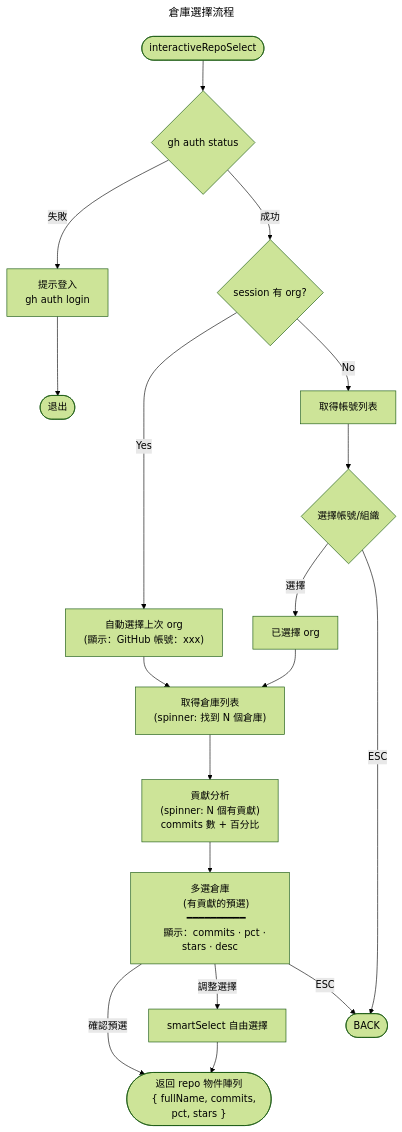
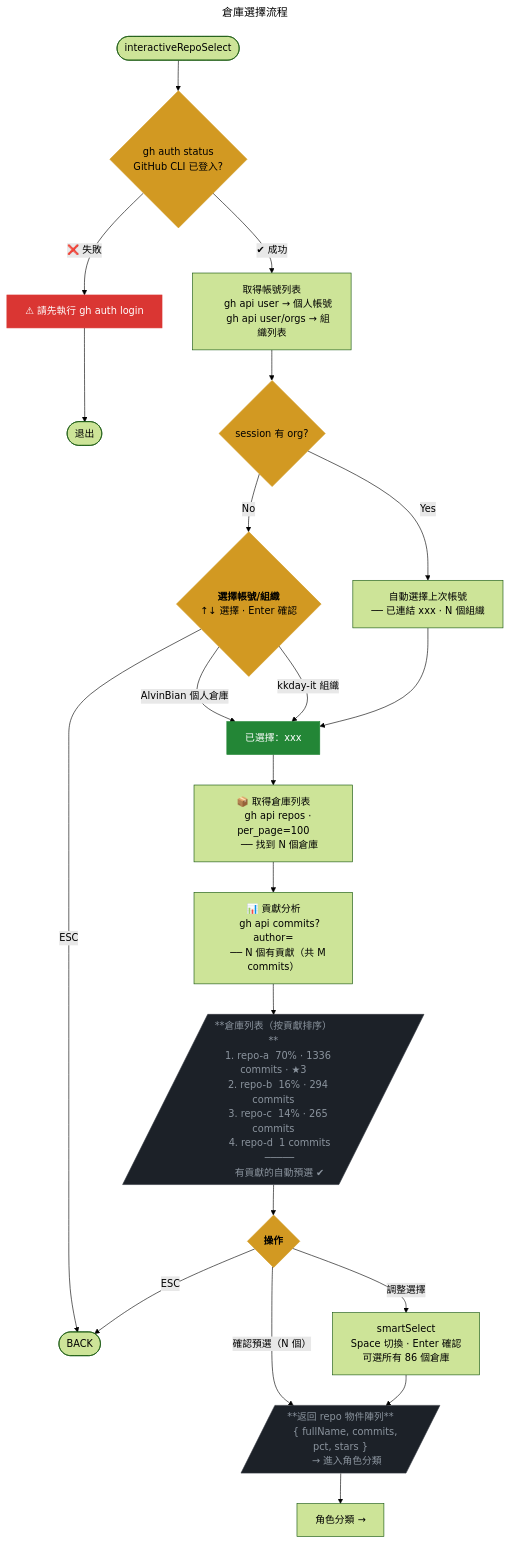
One commit to AlvinBian/ab-dotfiles changed the diagram in docs/flows/repo-select.mmd. Above: the diagram before and after it, drawn with Mermaid (forest theme). The commit also changed 9 other files, not shown here.

First line of the commit message:
feat(flow): 流程圖全面細化 + click 節點跳轉 + 色彩分類

```diff
--- a/docs/flows/repo-select.mmd
+++ b/docs/flows/repo-select.mmd
@@ -1,42 +1,73 @@
 ---
 title: 倉庫選擇流程
-description: GitHub 帳號 → 倉庫列表 → 貢獻分析 → 多選
+description: GitHub 帳號選擇 → 倉庫列表 → 貢獻分析 → 多選確認
 links:
   - setup-main: 返回主流程
   - role-system: 角色分類
 ---
 flowchart TD
-    Entry([interactiveRepoSelect]) --> AuthCheck{gh auth status}
-    AuthCheck -->|失敗| AuthFail["提示登入
-    gh auth login"]
-    AuthFail --> Exit([退出])
+    Entry([interactiveRepoSelect]) --> Auth{"gh auth status
+    GitHub CLI 已登入?"}
+    Auth -->|"❌ 失敗"| AuthFail["⚠ 請先執行 gh auth login"] --> Exit([退出])
+    Auth -->|"✔ 成功"| FetchOrgs
 
-    AuthCheck -->|成功| HasSession{session 有 org?}
-    HasSession -->|Yes| AutoOrg["自動選擇上次 org
-    (顯示：GitHub 帳號：xxx)"]
-    HasSession -->|No| FetchOrgs[取得帳號列表]
+    FetchOrgs["取得帳號列表
+    gh api user → 個人帳號
+    gh api user/orgs → 組織列表"]
 
-    FetchOrgs --> OrgSelect{選擇帳號/組織}
-    OrgSelect -->|選擇| SelectedOrg[已選擇 org]
+    FetchOrgs --> HasSession{session 有 org?}
+    HasSession -->|Yes| AutoOrg["自動選擇上次帳號
+    ── 已連結 xxx · N 個組織"]
+    HasSession -->|No| OrgSelect
+
+    OrgSelect{"`**選擇帳號/組織**
+    ↑↓ 選擇 · Enter 確認`"}
+    OrgSelect -->|"AlvinBian 個人倉庫"| Selected
+    OrgSelect -->|"kkday-it 組織"| Selected
     OrgSelect -->|ESC| Back([BACK])
 
-    AutoOrg --> FetchRepos
-    SelectedOrg --> FetchRepos["取得倉庫列表
-    (spinner: 找到 N 個倉庫)"]
+    AutoOrg --> Selected["已選擇：xxx"]
+    Selected --> FetchRepos
 
-    FetchRepos --> ContribAnalysis["貢獻分析
-    (spinner: N 個有貢獻)
-    commits 數 + 百分比"]
+    FetchRepos["📦 取得倉庫列表
+    gh api repos · per_page=100
+    ── 找到 N 個倉庫"]
 
-    ContribAnalysis --> RepoSelect["多選倉庫
-    (有貢獻的預選)
-    ━━━━━━━━━━
-    顯示：commits · pct · stars · desc"]
+    FetchRepos --> Contrib["📊 貢獻分析
+    gh api commits?author=
+    ── N 個有貢獻（共 M commits）"]
 
-    RepoSelect -->|確認預選| Return
-    RepoSelect -->|調整選擇| MultiSelect[smartSelect 自由選擇]
+    Contrib --> RepoList[/"**倉庫列表（按貢獻排序）**
+    1. repo-a  70% · 1336 commits · ★3
+    2. repo-b  16% · 294 commits
+    3. repo-c  14% · 265 commits
+    4. repo-d  1 commits
+    ─────
+    有貢獻的自動預選 ✔"/]
+
+    RepoList --> Confirm{"`**操作**`"}
+    Confirm -->|"確認預選（N 個）"| Return
+    Confirm -->|"調整選擇"| MultiSelect["smartSelect
+    Space 切換 · Enter 確認
+    可選所有 86 個倉庫"]
+    Confirm -->|ESC| Back
+
     MultiSelect --> Return
-    RepoSelect -->|ESC| Back
 
-    Return(["返回 repo 物件陣列
-    { fullName, commits, pct, stars }"])
+    Return[/"**返回 repo 物件陣列**
+    { fullName, commits, pct, stars }
+    → 進入角色分類"/]
+
+    Return --> RoleLink["角色分類 →"]
+
+    click RoleLink "#role-system"
+
+    classDef decision fill:#d29922,color:#000,stroke:#d29922
+    classDef data fill:#1c2128,color:#8b949e,stroke:#30363d
+    classDef success fill:#238636,color:#fff,stroke:#238636
+    classDef error fill:#da3633,color:#fff,stroke:#da3633
+
+    class Auth,HasSession,OrgSelect,Confirm decision
+    class RepoList,Return data
+    class Selected success
+    class AuthFail error
```
